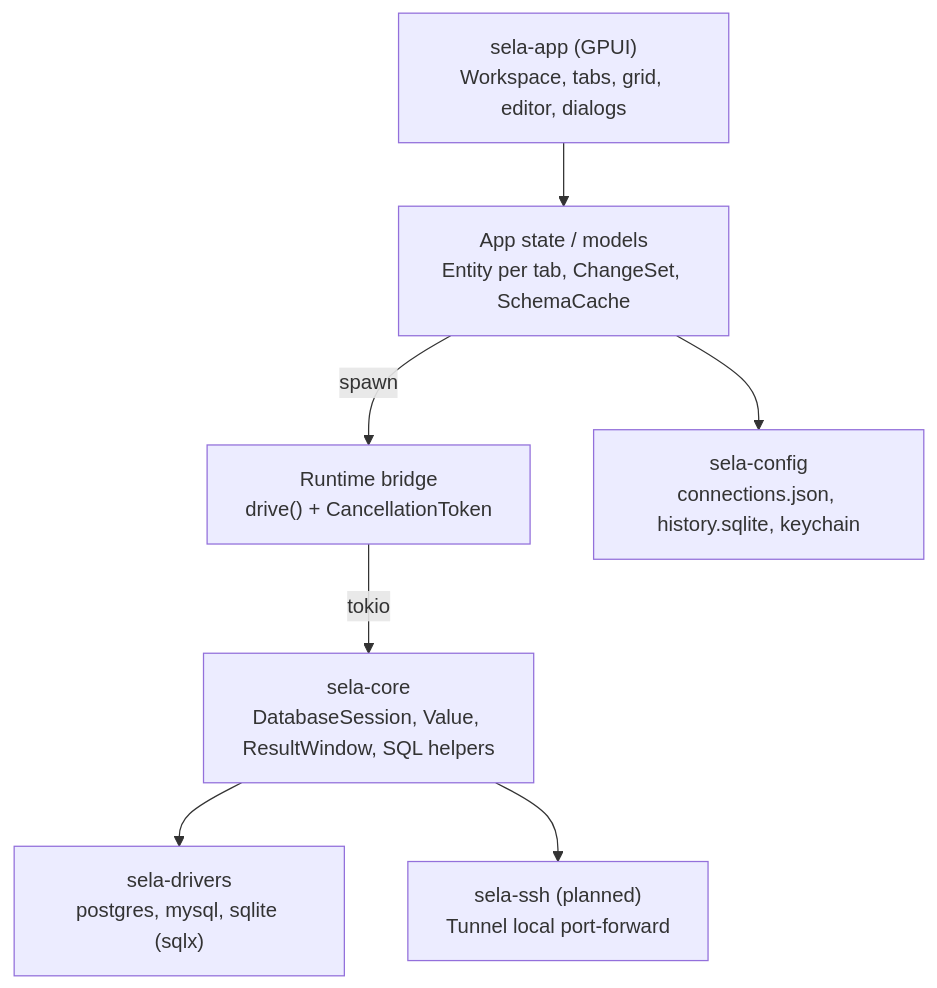
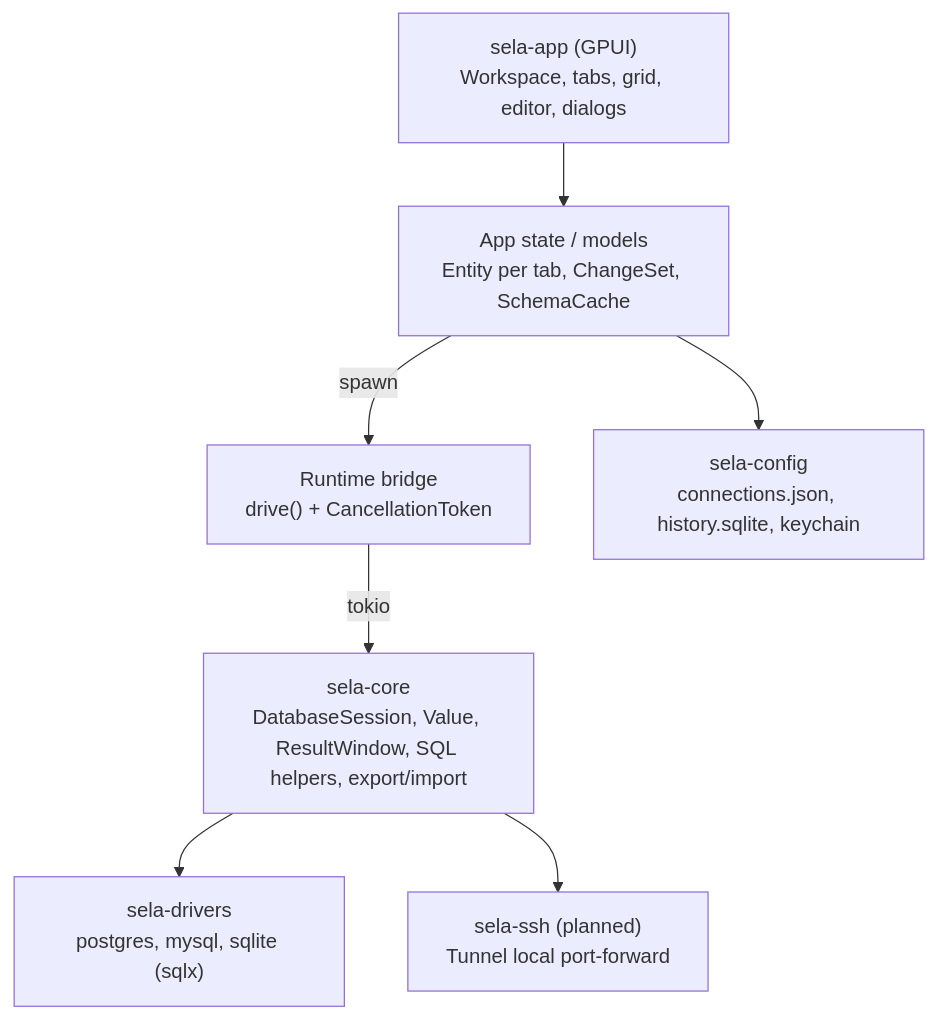
The diagram in docs/dev/architecture.md (nesso99/sela), drawn with Mermaid before and after one commit. The commit also changed other lines of this file and 27 other files, not shown here.

First line of the commit message:
feat(core): streaming CSV/JSON/SQL export and CSV import (M3-3) (#111)

````diff
--- a/docs/dev/architecture.md
+++ b/docs/dev/architecture.md
@@ -9,17 +9,17 @@
 ```mermaid
 flowchart TB
   ui["sela-app (GPUI)<br/>Workspace, tabs, grid, editor, dialogs"]
   state["App state / models<br/>Entity per tab, ChangeSet, SchemaCache"]
   bridge["Runtime bridge<br/>drive() + CancellationToken"]
-  core["sela-core<br/>DatabaseSession, Value, ResultWindow, SQL helpers"]
+  core["sela-core<br/>DatabaseSession, Value, ResultWindow, SQL helpers, export/import"]
   drivers["sela-drivers<br/>postgres, mysql, sqlite (sqlx)"]
   ssh["sela-ssh (planned)<br/>Tunnel local port-forward"]
   cfg["sela-config<br/>connections.json, history.sqlite, keychain"]
 
   ui --> state
   state -->|"spawn"| bridge
   bridge -->|"tokio"| core
   core --> drivers
   core --> ssh
   state --> cfg
 ```
````
